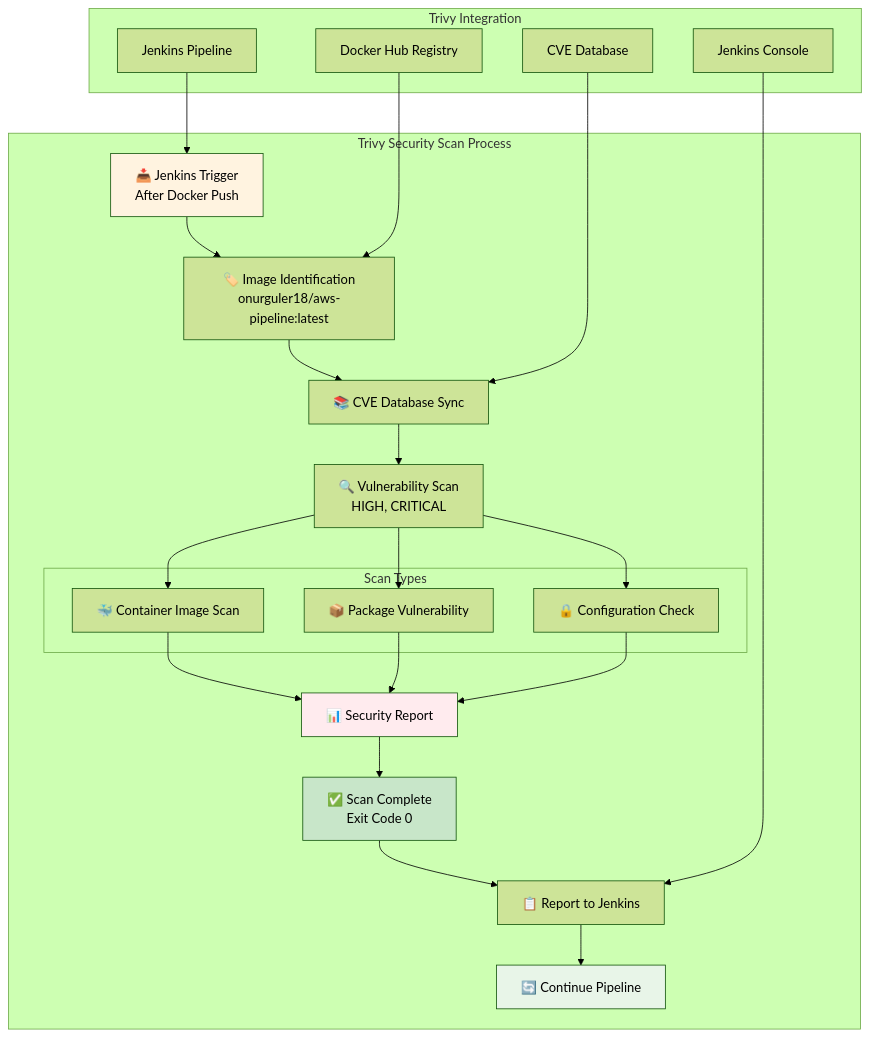
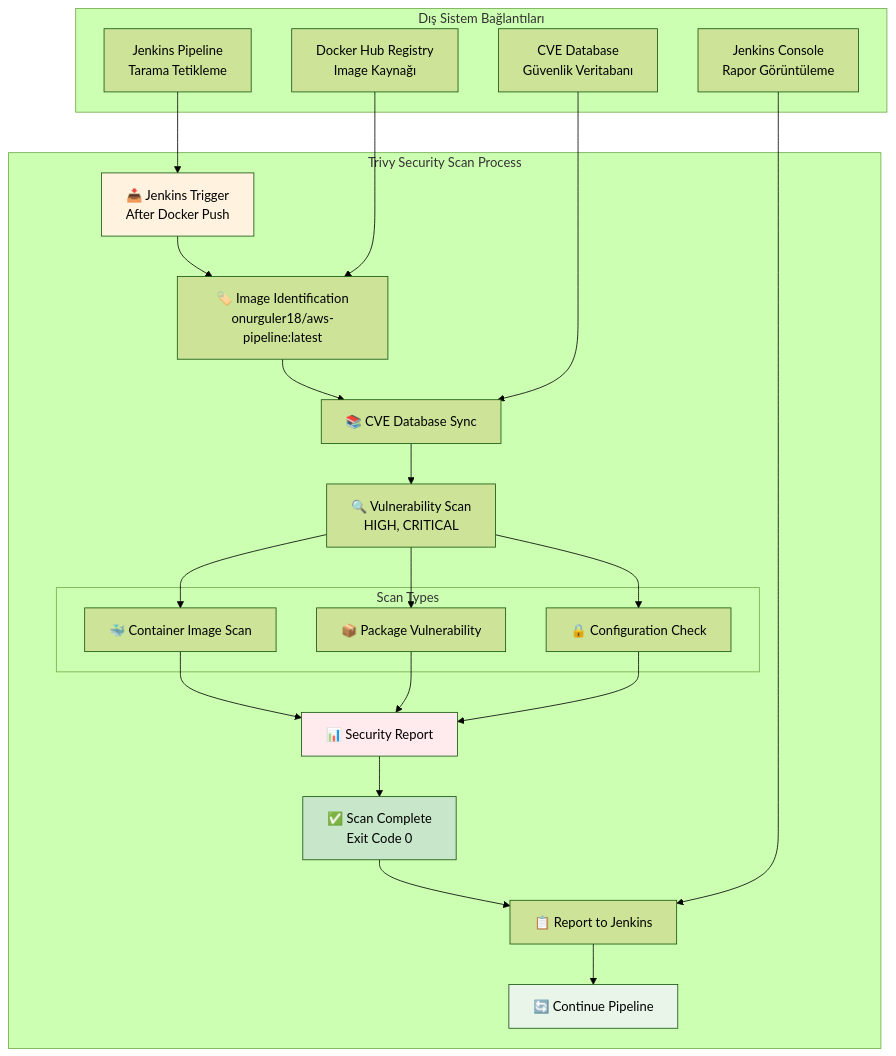
One commit to onurglr/aws-pipeline changed the fifth of 9 diagrams in detailed-devops-diagrams.md. Above: the diagram before and after it, drawn with Mermaid (forest theme). The commit also changed other lines of this file, not shown here.

````diff
--- a/detailed-devops-diagrams.md
+++ b/detailed-devops-diagrams.md
@@ -181,38 +181,38 @@
 ```mermaid
 graph TB
     subgraph "Trivy Security Scan Process"
         A[📥 Jenkins Trigger<br/>After Docker Push] --> B[🏷️ Image Identification<br/>onurguler18/aws-pipeline:latest]
         B --> C[📚 CVE Database Sync]
         C --> D[🔍 Vulnerability Scan<br/>HIGH, CRITICAL]
         
         subgraph "Scan Types"
             D1[🐳 Container Image Scan]
             D2[📦 Package Vulnerability]
             D3[🔒 Configuration Check]
         end
         
         D --> D1
         D --> D2
         D --> D3
         
         D1 --> E[📊 Security Report]
         D2 --> E
         D3 --> E
         
         E --> F[✅ Scan Complete<br/>Exit Code 0]
         F --> G[📋 Report to Jenkins]
         G --> H[🔄 Continue Pipeline]
     end
     
-    subgraph "Trivy Integration"
-        I[Jenkins Pipeline] --> A
-        J[Docker Hub Registry] --> B
-        K[CVE Database] --> C
-        L[Jenkins Console] --> G
+    subgraph "Dış Sistem Bağlantıları"
+        I[Jenkins Pipeline<br/>Tarama Tetikleme] --> A
+        J[Docker Hub Registry<br/>Image Kaynağı] --> B
+        K[CVE Database<br/>Güvenlik Veritabanı] --> C
+        L[Jenkins Console<br/>Rapor Görüntüleme] --> G
     end
     
     style A fill:#fff3e0
     style E fill:#ffebee
     style F fill:#c8e6c9
     style H fill:#e8f5e8
 ```
````
